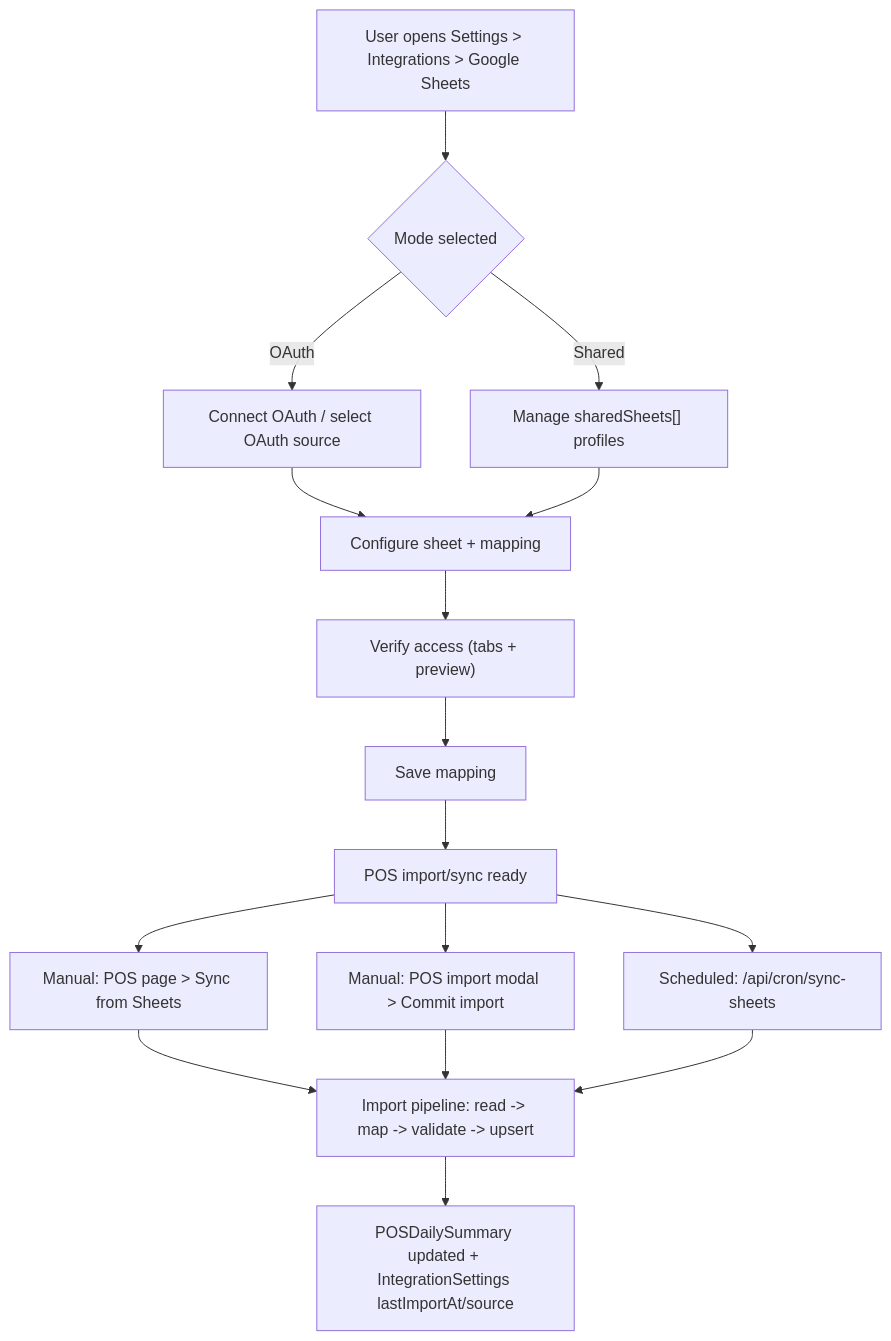
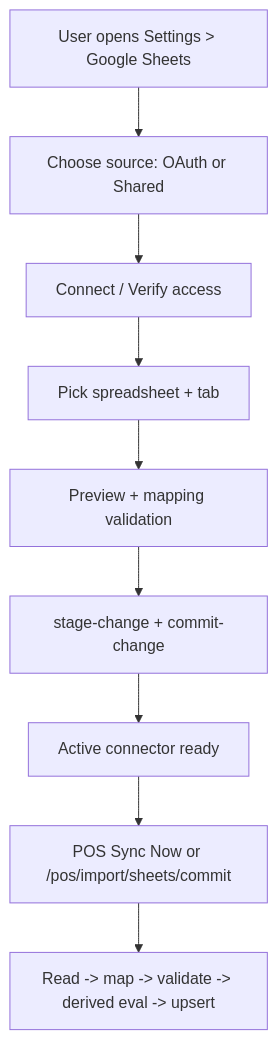
The first of 3 diagrams in docs/architecture/sheets-integration-flows.md (comp596-spring-2026/RetailSync), drawn with Mermaid before and after one commit. The commit also changed other lines of this file and 86 other files, not shown here.

Commit message:
POS Google Sync Reliability + Single Google Setup Entry Point

````diff
--- a/docs/architecture/sheets-integration-flows.md
+++ b/docs/architecture/sheets-integration-flows.md
@@ -16,22 +22,11 @@
 ```mermaid
 flowchart TD
-  A["User opens Settings > Integrations > Google Sheets"] --> B{"Mode selected"}
-  B -->|"OAuth"| C["Connect OAuth / select OAuth source"]
-  B -->|"Shared"| D["Manage sharedSheets[] profiles"]
-
-  C --> E["Configure sheet + mapping"]
-  D --> E
-
-  E --> F["Verify access (tabs + preview)"]
-  F --> G["Save mapping"]
-  G --> H["POS import/sync ready"]
-
-  H --> I["Manual: POS page > Sync from Sheets"]
-  H --> J["Manual: POS import modal > Commit import"]
-  H --> K["Scheduled: /api/cron/sync-sheets"]
-
-  I --> L["Import pipeline: read -> map -> validate -> upsert"]
-  J --> L
-  K --> L
-  L --> M["POSDailySummary updated + IntegrationSettings lastImportAt/source"]
+  A["User opens Settings > Google Sheets"] --> B["Choose source: OAuth or Shared"]
+  B --> C["Connect / Verify access"]
+  C --> D["Pick spreadsheet + tab"]
+  D --> E["Preview + mapping validation"]
+  E --> F["stage-change + commit-change"]
+  F --> G["Active connector ready"]
+  G --> H["POS Sync Now or /pos/import/sheets/commit"]
+  H --> I["Read -> map -> validate -> derived eval -> upsert"]
 ```
````
